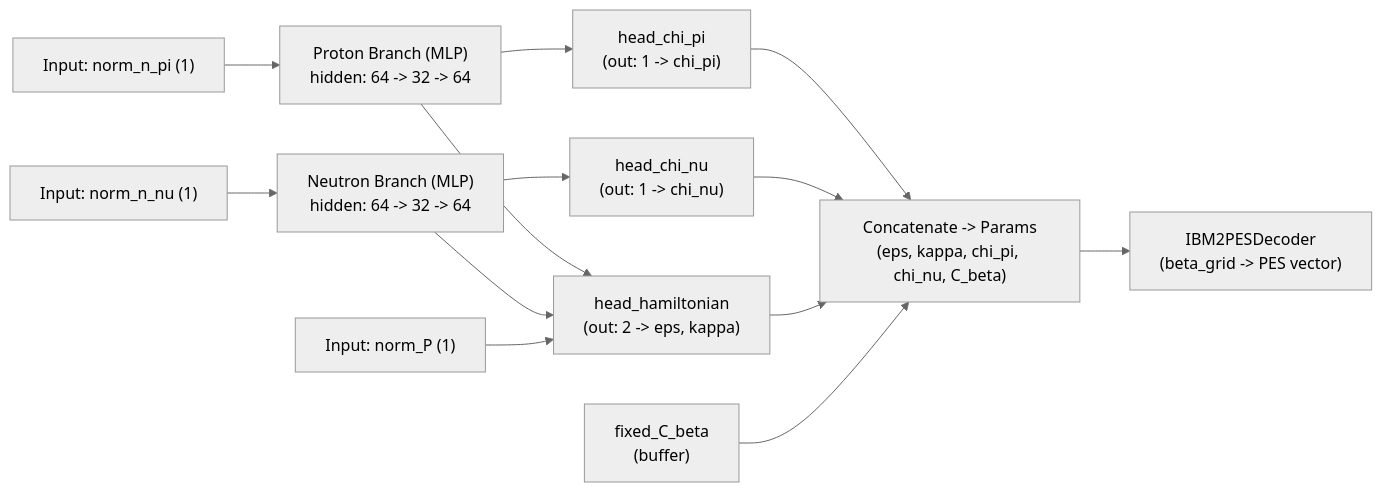
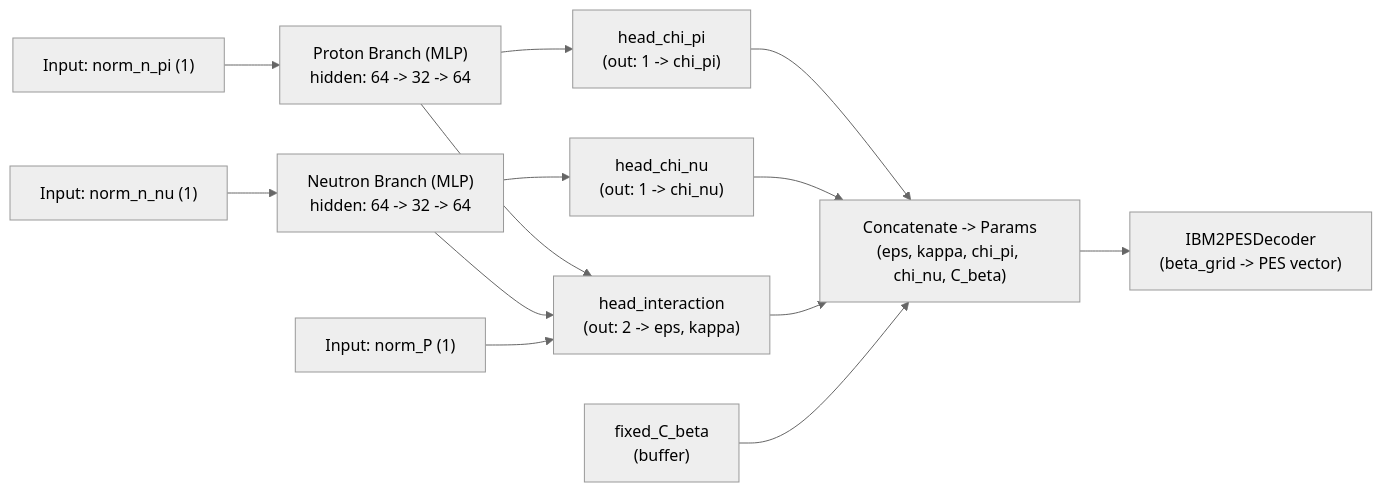
One commit to obata-nucl/MC_research_2 changed the diagram in README.md. Above: the diagram before and after it, drawn with Mermaid (neutral theme). The commit also changed other lines of this file, not shown here.

Commit message:
fix typo in README

````diff
--- a/README.md
+++ b/README.md
@@ -190,35 +190,35 @@
 ```mermaid
 flowchart LR
     IN_PI["Input: norm_n_pi (1)"]
     IN_NU["Input: norm_n_nu (1)"]
     IN_P["Input: norm_P (1)"]
     
-    MLP_PI["Proton Branch (MLP)\nhidden: 64 -> 32 -> 64"]
-    MLP_NU["Neutron Branch (MLP)\nhidden: 64 -> 32 -> 64"]
+    MLP_PI["Proton Branch (MLP)\n hidden: 64 -> 32 -> 64"]
+    MLP_NU["Neutron Branch (MLP)\n hidden: 64 -> 32 -> 64"]
     
-    H_CHI_PI["head_chi_pi\n(out: 1 -> chi_pi)"]
-    H_CHI_NU["head_chi_nu\n(out: 1 -> chi_nu)"]
-    H_HAM["head_hamiltonian\n(out: 2 -> eps, kappa)"]
+    H_CHI_PI["head_chi_pi\n (out: 1 -> chi_pi)"]
+    H_CHI_NU["head_chi_nu\n (out: 1 -> chi_nu)"]
+    H_HAM["head_interaction\n (out: 2 -> eps, kappa)"]
     
-    FIX_C["fixed_C_beta\n(buffer)"]
+    FIX_C["fixed_C_beta\n (buffer)"]
     
     CONCAT["Concatenate -> Params\n(eps, kappa, chi_pi, chi_nu, C_beta)"]
     DEC["IBM2PESDecoder\n(beta_grid -> PES vector)"]
 
     IN_PI --> MLP_PI
     IN_NU --> MLP_NU
     
     MLP_PI --> H_CHI_PI
     MLP_NU --> H_CHI_NU
     
     MLP_PI --> H_HAM
     MLP_NU --> H_HAM
     IN_P --> H_HAM
     
     H_CHI_PI --> CONCAT
     H_CHI_NU --> CONCAT
     H_HAM --> CONCAT
     FIX_C --> CONCAT
     
     CONCAT --> DEC
 ```
````
